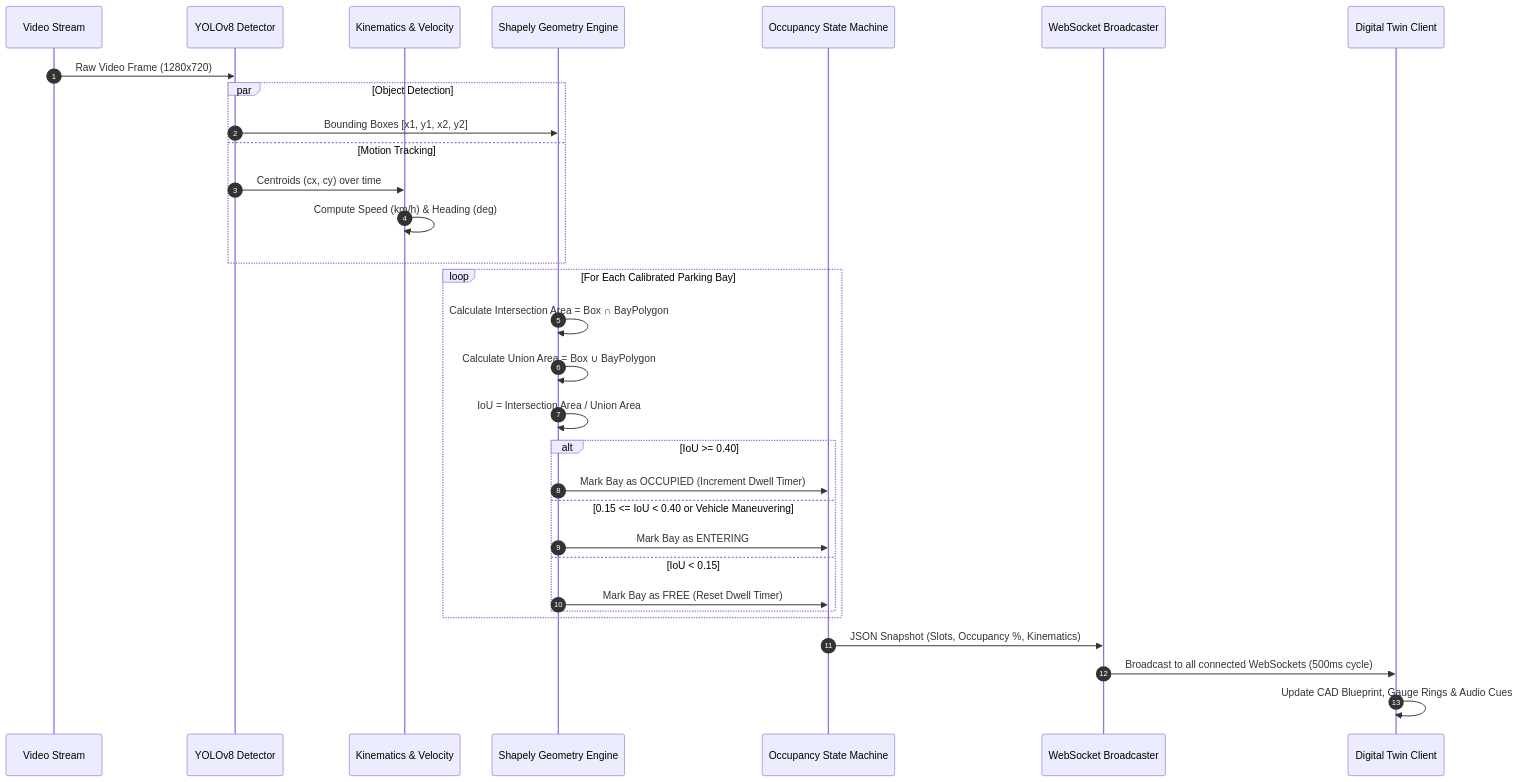
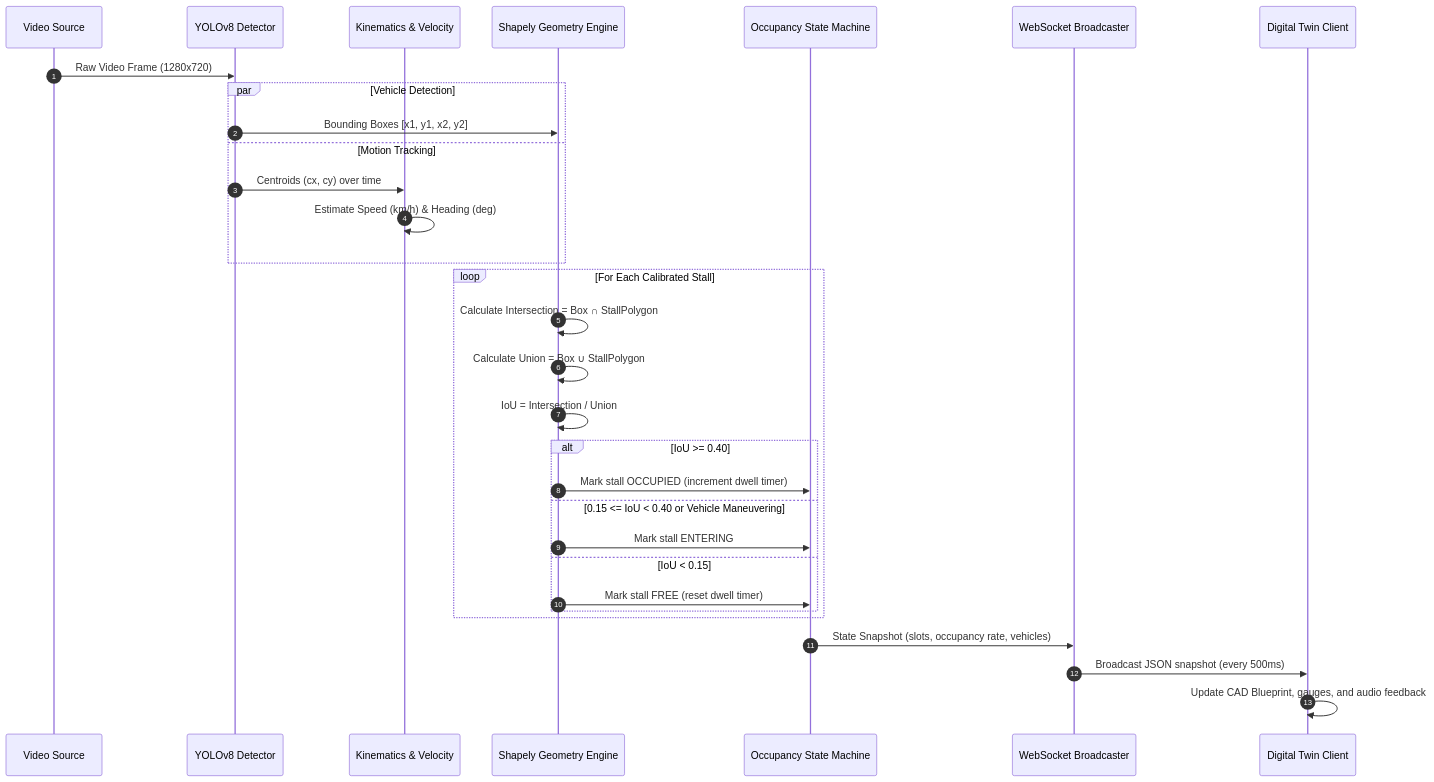
The second of 2 diagrams in README.md (rujopujo/spark), drawn with Mermaid before and after one commit. The commit also changed other lines of this file, not shown here.

Commit message:
docs: humanize README, remove all emojis and buzzwords, refine technical tone

````diff
--- a/README.md
+++ b/README.md
@@ -140,36 +139,36 @@
 ```mermaid
 sequenceDiagram
     autonumber
-    participant Camera as Video Stream
+    participant Camera as Video Source
     participant YOLO as YOLOv8 Detector
     participant Tracker as Kinematics & Velocity
     participant IoU as Shapely Geometry Engine
     participant State as Occupancy State Machine
     participant WS as WebSocket Broadcaster
     participant UI as Digital Twin Client
 
     Camera->>YOLO: Raw Video Frame (1280x720)
-    par Object Detection
+    par Vehicle Detection
         YOLO->>IoU: Bounding Boxes [x1, y1, x2, y2]
     and Motion Tracking
         YOLO->>Tracker: Centroids (cx, cy) over time
-        Tracker->>Tracker: Compute Speed (km/h) & Heading (deg)
+        Tracker->>Tracker: Estimate Speed (km/h) & Heading (deg)
     end
     
-    loop For Each Calibrated Parking Bay
-        IoU->>IoU: Calculate Intersection Area = Box ∩ BayPolygon
-        IoU->>IoU: Calculate Union Area = Box ∪ BayPolygon
-        IoU->>IoU: IoU = Intersection Area / Union Area
+    loop For Each Calibrated Stall
+        IoU->>IoU: Calculate Intersection = Box ∩ StallPolygon
+        IoU->>IoU: Calculate Union = Box ∪ StallPolygon
+        IoU->>IoU: IoU = Intersection / Union
         alt IoU >= 0.40
-            IoU->>State: Mark Bay as OCCUPIED (Increment Dwell Timer)
+            IoU->>State: Mark stall OCCUPIED (increment dwell timer)
         else 0.15 <= IoU < 0.40 or Vehicle Maneuvering
-            IoU->>State: Mark Bay as ENTERING
+            IoU->>State: Mark stall ENTERING
         else IoU < 0.15
-            IoU->>State: Mark Bay as FREE (Reset Dwell Timer)
+            IoU->>State: Mark stall FREE (reset dwell timer)
         end
     end
 
-    State->>WS: JSON Snapshot (Slots, Occupancy %, Kinematics)
-    WS->>UI: Broadcast to all connected WebSockets (500ms cycle)
-    UI->>UI: Update CAD Blueprint, Gauge Rings & Audio Cues
+    State->>WS: State Snapshot (slots, occupancy rate, vehicles)
+    WS->>UI: Broadcast JSON snapshot (every 500ms)
+    UI->>UI: Update CAD Blueprint, gauges, and audio feedback
 ```
````
